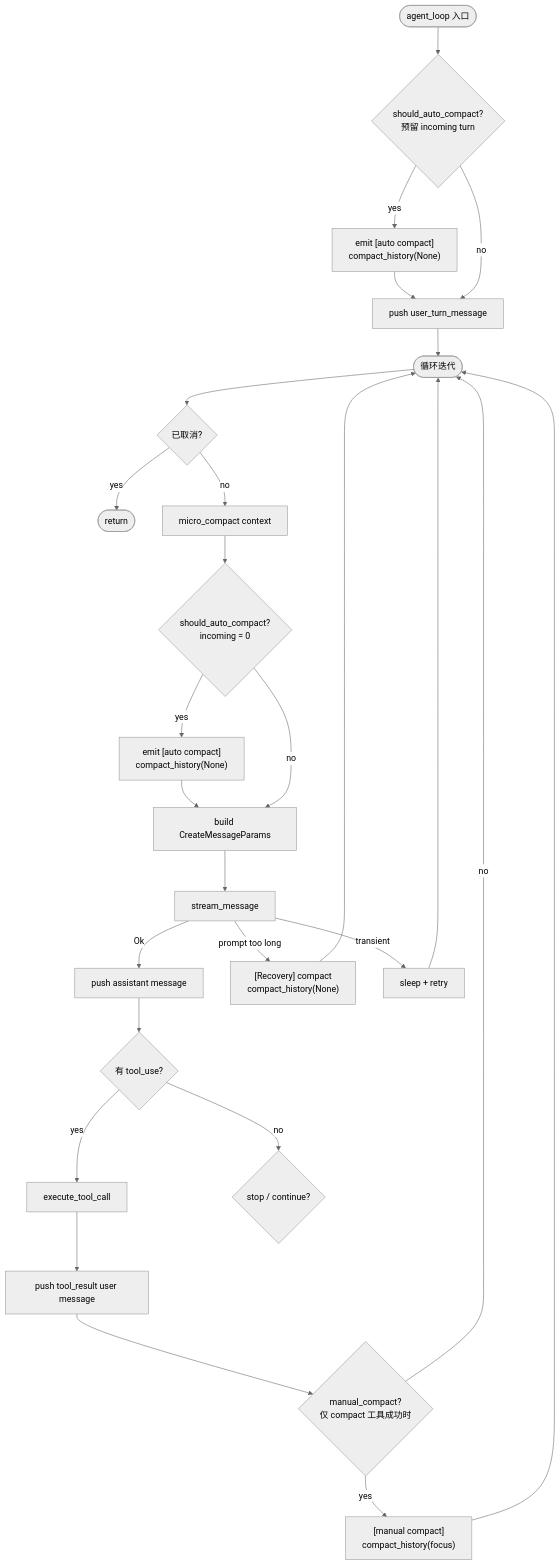
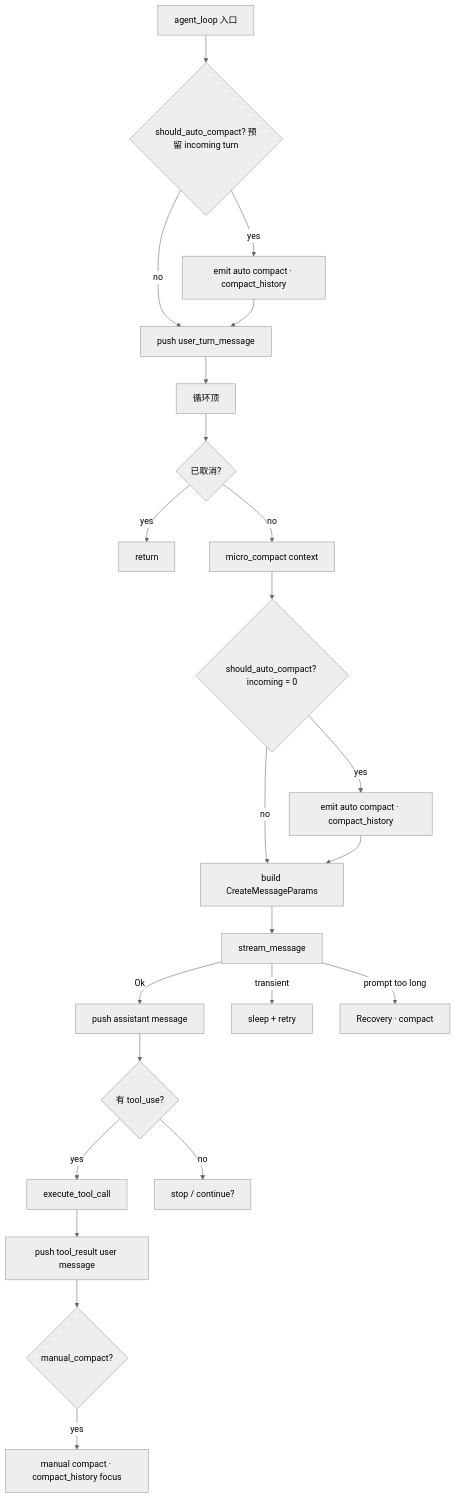
The third of 15 diagrams in book/05_chapter_compact_zh.md (rust-infra/tact), drawn with Mermaid (neutral theme) before and after one commit. The commit also changed other lines of this file and 303 other files, not shown here.

````diff
--- a/book/05_chapter_compact_zh.md
+++ b/book/05_chapter_compact_zh.md
@@ -86,29 +71,25 @@
 ```mermaid
-flowchart TD
-    Entry([agent_loop 入口]) --> EntrySize{"should_auto_compact?<br/>预留 incoming turn"}
-    EntrySize -->|yes| EntryAuto["emit [auto compact]<br/>compact_history(None)"]
-    EntryAuto --> Push[push user_turn_message]
-    EntrySize -->|no| Push
-    Push --> Start([循环迭代])
-    Start --> Cancel{已取消?}
-    Cancel -->|yes| Exit([return])
-    Cancel -->|no| MC[micro_compact context]
-    MC --> Size{"should_auto_compact?<br/>incoming = 0"}
-    Size -->|yes| Auto["emit [auto compact]<br/>compact_history(None)"]
-    Auto --> Build
-    Size -->|no| Build[build CreateMessageParams]
-    Build --> Stream[stream_message]
-    Stream -->|Ok| Assist[push assistant message]
-    Stream -->|prompt too long| Rec["[Recovery] compact<br/>compact_history(None)"]
-    Rec --> Start
-    Stream -->|transient| Backoff[sleep + retry]
-    Backoff --> Start
-    Assist --> Tools{有 tool_use?}
-    Tools -->|yes| Exec[execute_tool_call]
-    Exec --> Persist[push tool_result user message]
-    Persist --> Man{"manual_compact?<br/>仅 compact 工具成功时"}
-    Man -->|yes| MC2["[manual compact]<br/>compact_history(focus)"]
-    MC2 --> Start
-    Man -->|no| Start
-    Tools -->|no| Done{stop / continue?}
+graph TD
+    a_entry[agent_loop 入口] --> b_size{should_auto_compact? 预留 incoming turn}
+    b_size -->|yes| c_auto[emit auto compact · compact_history]
+    b_size -->|no| d_push[push user_turn_message]
+    c_auto --> d_push
+    d_push --> e_start[循环顶]
+    e_start --> f_cancel{已取消?}
+    f_cancel -->|yes| g_exit[return]
+    f_cancel -->|no| h_mc[micro_compact context]
+    h_mc --> i_size2{should_auto_compact? incoming = 0}
+    i_size2 -->|yes| j_auto2[emit auto compact · compact_history]
+    i_size2 -->|no| k_build[build CreateMessageParams]
+    j_auto2 --> k_build
+    k_build --> l_stream[stream_message]
+    l_stream -->|Ok| m_assist[push assistant message]
+    l_stream -->|transient| n_backoff[sleep + retry]
+    l_stream -->|prompt too long| o_rec[Recovery · compact]
+    m_assist --> p_tools{有 tool_use?}
+    p_tools -->|yes| q_exec[execute_tool_call]
+    p_tools -->|no| r_done[stop / continue?]
+    q_exec --> s_persist[push tool_result user message]
+    s_persist --> t_man{manual_compact?}
+    t_man -->|yes| u_mc2[manual compact · compact_history focus]
 ```
````
